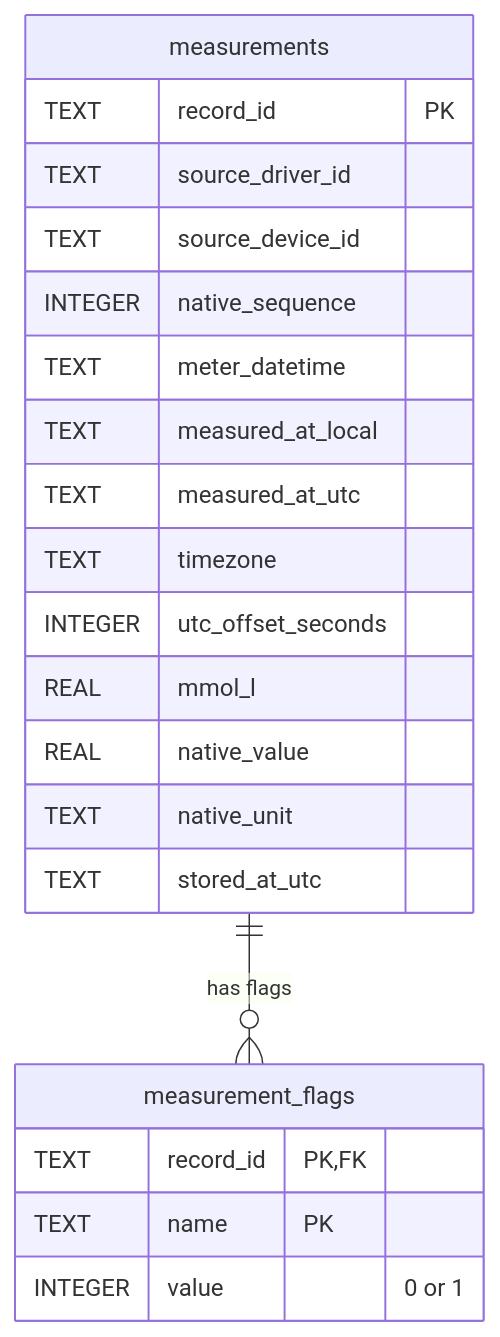
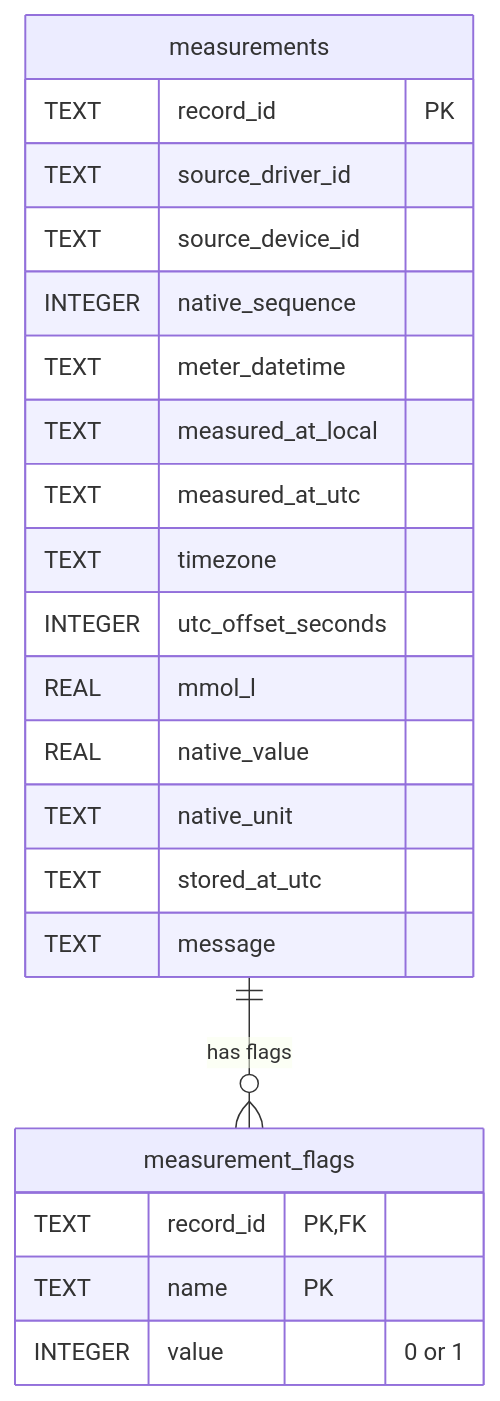
One commit to kiforsbe/bgmeter changed diagram 11 of 14 in ARCHITECTURE.md. Above: the diagram before and after it, drawn with Mermaid. The commit also changed other lines of this file and 9 other files, not shown here.

````diff
--- a/ARCHITECTURE.md
+++ b/ARCHITECTURE.md
@@ -1033,25 +1037,26 @@
 ```mermaid
 erDiagram
     measurements ||--o{ measurement_flags : "has flags"
 
     measurements {
         TEXT record_id PK
         TEXT source_driver_id
         TEXT source_device_id
         INTEGER native_sequence
         TEXT meter_datetime
         TEXT measured_at_local
         TEXT measured_at_utc
         TEXT timezone
         INTEGER utc_offset_seconds
         REAL mmol_l
         REAL native_value
         TEXT native_unit
         TEXT stored_at_utc
+        TEXT message
     }
     measurement_flags {
         TEXT record_id PK, FK
         TEXT name PK
         INTEGER value "0 or 1"
     }
 ```
````
